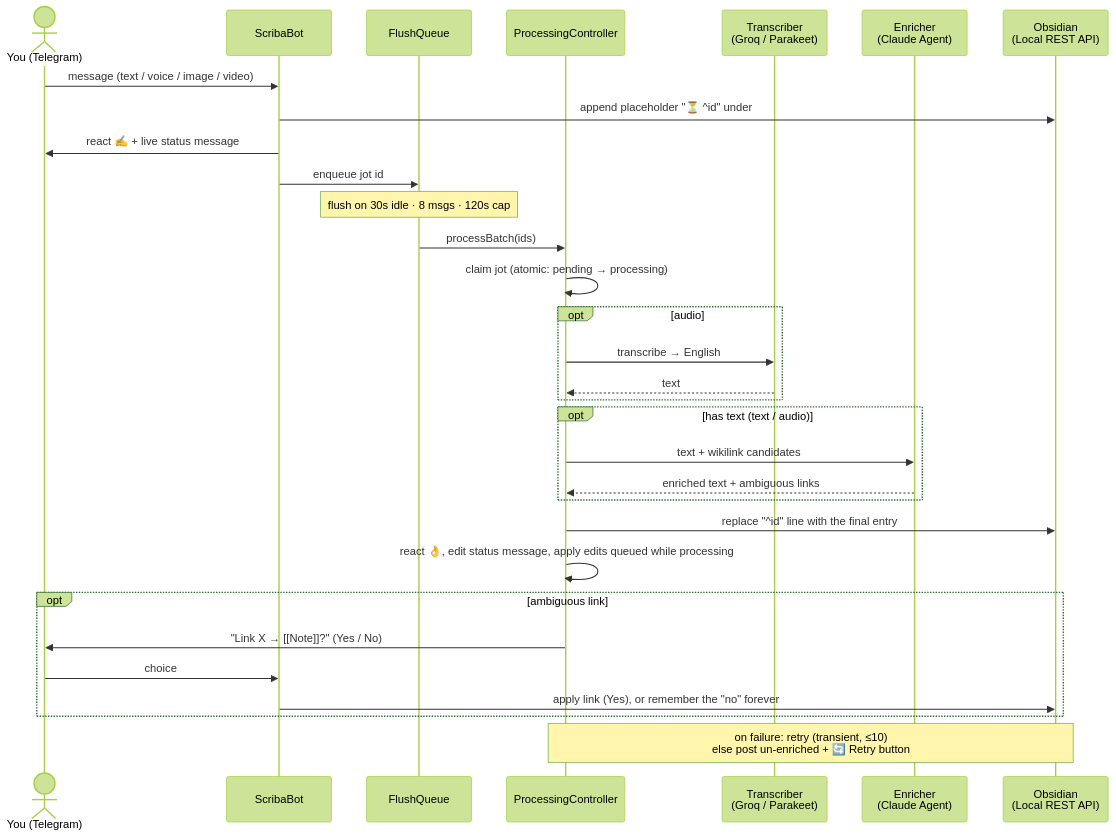
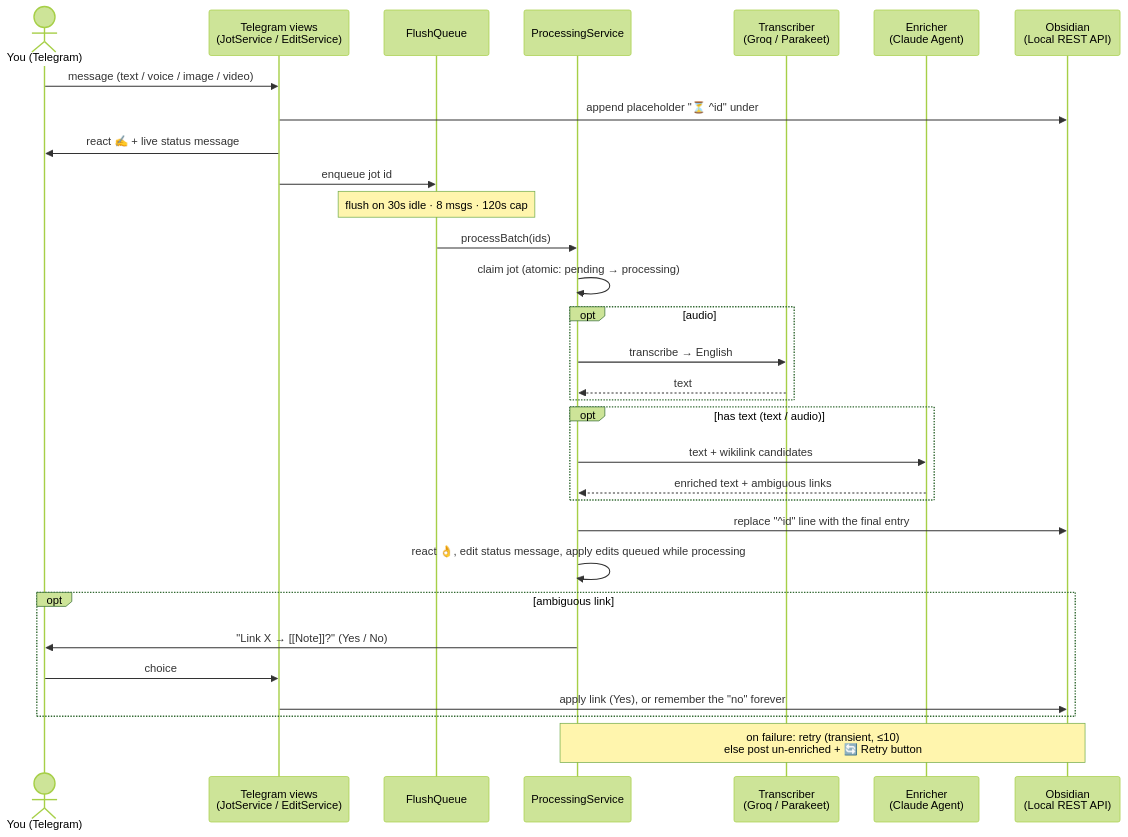
One commit to khaosdoctor/scriba changed the first of 2 diagrams in README.md. Above: the diagram before and after it, drawn with Mermaid (forest theme). The commit also changed other lines of this file and 1 other file, not shown here.

````diff
--- a/README.md
+++ b/README.md
@@ -63,37 +63,37 @@
 ```mermaid
 sequenceDiagram
     actor U as You (Telegram)
-    participant B as ScribaBot
+    participant B as Telegram views<br/>(JotService / EditService)
     participant Q as FlushQueue
-    participant P as ProcessingController
+    participant P as ProcessingService
     participant T as Transcriber<br/>(Groq / Parakeet)
     participant E as Enricher<br/>(Claude Agent)
     participant O as Obsidian<br/>(Local REST API)
 
     U->>B: message (text / voice / image / video)
     B->>O: append placeholder "⏳ ^id" under ## Journal
     B->>U: react ✍ + live status message
     B->>Q: enqueue jot id
     Note over Q: flush on 30s idle · 8 msgs · 120s cap
 
     Q->>P: processBatch(ids)
     P->>P: claim jot (atomic: pending → processing)
     opt audio
         P->>T: transcribe → English
         T-->>P: text
     end
     opt has text (text / audio)
         P->>E: text + wikilink candidates
         E-->>P: enriched text + ambiguous links
     end
     P->>O: replace "^id" line with the final entry
     P->>P: react 👌, edit status message, apply edits queued while processing
 
     opt ambiguous link
         P->>U: "Link X → [[Note]]?" (Yes / No)
         U->>B: choice
         B->>O: apply link (Yes), or remember the "no" forever
     end
 
     Note over P,O: on failure: retry (transient, ≤10)<br/>else post un-enriched + 🔄 Retry button
 ```
````
